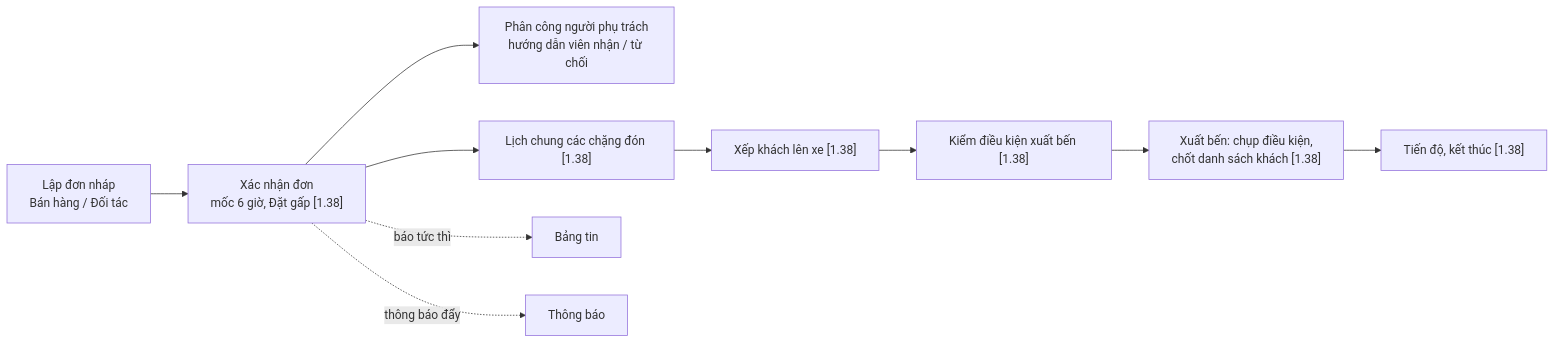
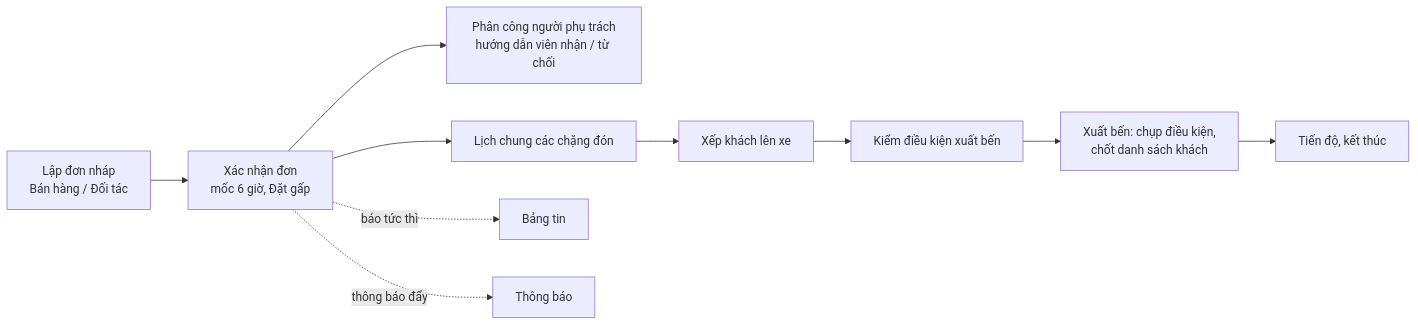
Before and after one commit to luutuanvu1010/tourdaobooking: the fourth of 5 diagrams in docs/so-do-kien-truc/README.md, drawn with Mermaid. The commit also changed other lines of this file, not shown here.

First line of the commit message:
Sơ đồ kiến trúc: bỏ nhãn [1.38] sau khi 1.38 lên production (§13)

````diff
--- a/docs/so-do-kien-truc/README.md
+++ b/docs/so-do-kien-truc/README.md
@@ -243,12 +243,12 @@
 ```mermaid
 flowchart LR
-  A["Lập đơn nháp<br/>Bán hàng / Đối tác"] --> B["Xác nhận đơn<br/>mốc 6 giờ, Đặt gấp [1.38]"]
+  A["Lập đơn nháp<br/>Bán hàng / Đối tác"] --> B["Xác nhận đơn<br/>mốc 6 giờ, Đặt gấp"]
   B --> C["Phân công người phụ trách<br/>hướng dẫn viên nhận / từ chối"]
-  B --> D["Lịch chung các chặng đón [1.38]"]
-  D --> E["Xếp khách lên xe [1.38]"]
-  E --> F["Kiểm điều kiện xuất bến [1.38]"]
-  F --> G["Xuất bến: chụp điều kiện,<br/>chốt danh sách khách [1.38]"]
-  G --> H["Tiến độ, kết thúc [1.38]"]
+  B --> D["Lịch chung các chặng đón"]
+  D --> E["Xếp khách lên xe"]
+  E --> F["Kiểm điều kiện xuất bến"]
+  F --> G["Xuất bến: chụp điều kiện,<br/>chốt danh sách khách"]
+  G --> H["Tiến độ, kết thúc"]
   B -.->|"báo tức thì"| BT["Bảng tin"]
   B -.->|"thông báo đẩy"| TB["Thông báo"]
 ```
````
